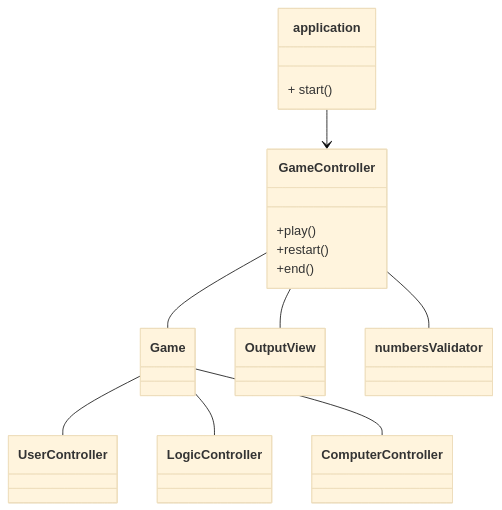
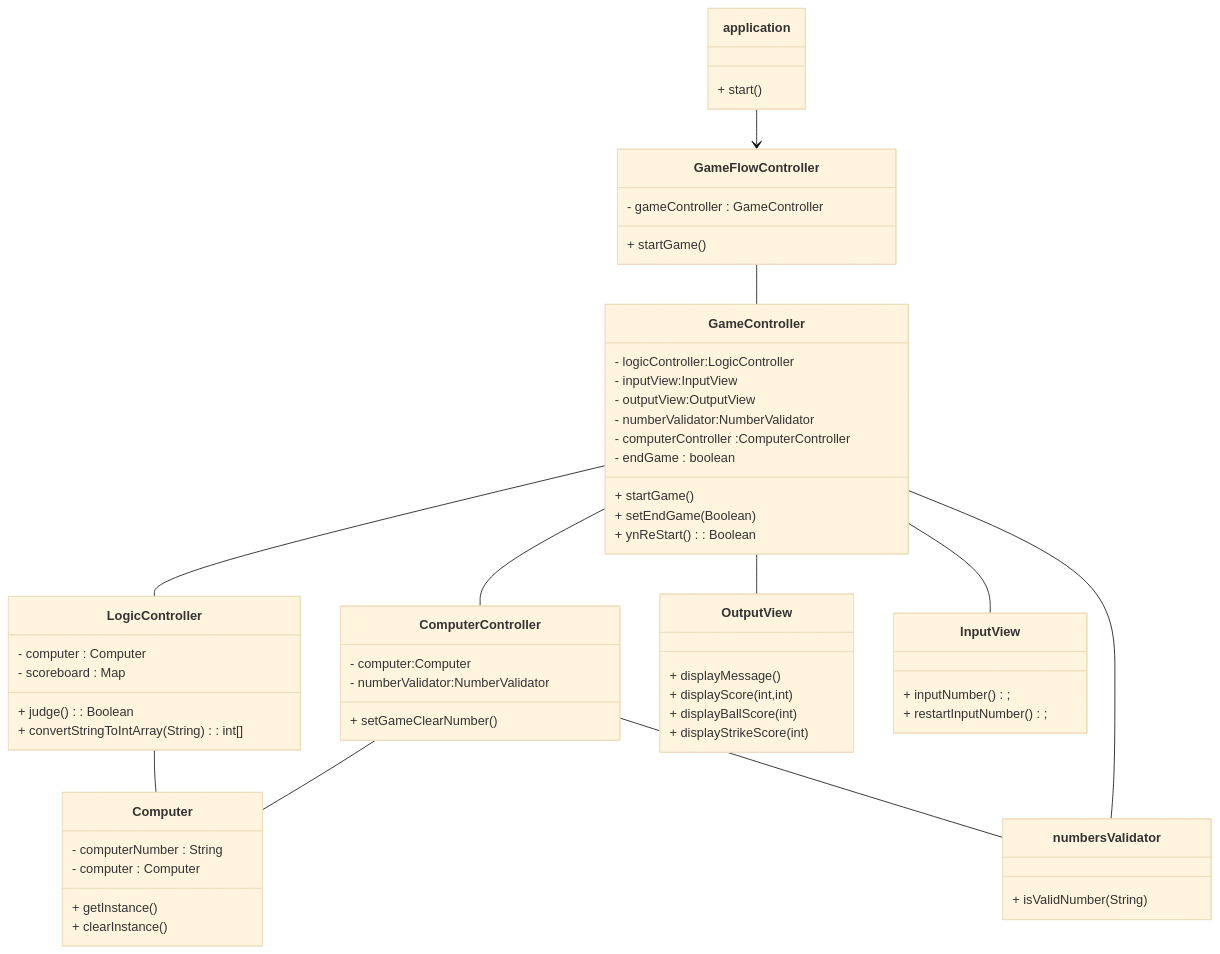
Before and after one commit to woowacourse-precourse/java-baseball-6: the diagram in docs/README.md, drawn with Mermaid (base theme). The commit also changed other lines of this file and 10 other files, not shown here.

````diff
--- a/docs/README.md
+++ b/docs/README.md
@@ -18,36 +18,65 @@
 ```mermaid
 classDiagram
-    GameController -- Game
-    application --> GameController
-    Game -- UserController
-    Game -- LogicController
-    Game -- ComputerController
+    application --> GameFlowController
+    GameController -- LogicController
+    GameController -- ComputerController
     GameController -- OutputView
+    GameController -- InputView
     GameController -- numbersValidator
+    ComputerController -- numbersValidator
+    GameFlowController -- GameController
+    ComputerController -- Computer
+    LogicController -- Computer
     
-            
+     class GameFlowController{
+         - gameController : GameController
+         + startGame()
+     }      
             
       class application{ 
           + start()
       }
-      class UserController{
-          
+      class Computer{
+          - computerNumber : String
+          - computer : Computer
+          + getInstance()
+          + clearInstance()
       }
       
       class OutputView{
-          
+          + displayMessage()
+          + displayScore(int,int)
+          + displayBallScore(int)
+          + displayStrikeScore(int)
       }
+      class InputView{
+            + inputNumber();
+            + restartInputNumber();
+        }
       class LogicController{
-          
+          - computer : Computer
+          - scoreboard : Map<String,int>
+          + judge() : Boolean
+          + convertStringToIntArray(String) : int[]
       }
-      class Game{
-      } 
+      class ComputerController{
+          -  computer:Computer
+          -  numberValidator:NumberValidator
+          + setGameClearNumber()
+      }
       class GameController{
-          +play()
-          +restart()
-          +end()
+          - logicController:LogicController
+          - inputView:InputView
+          - outputView:OutputView
+          - numberValidator:NumberValidator
+          - computerController :ComputerController
+          - endGame : boolean
+          + startGame()
+          + setEndGame(Boolean)
+          + ynReStart(): Boolean
       }
       class numbersValidator{
+          + isValidNumber(String)
       }
 
 ```
````
